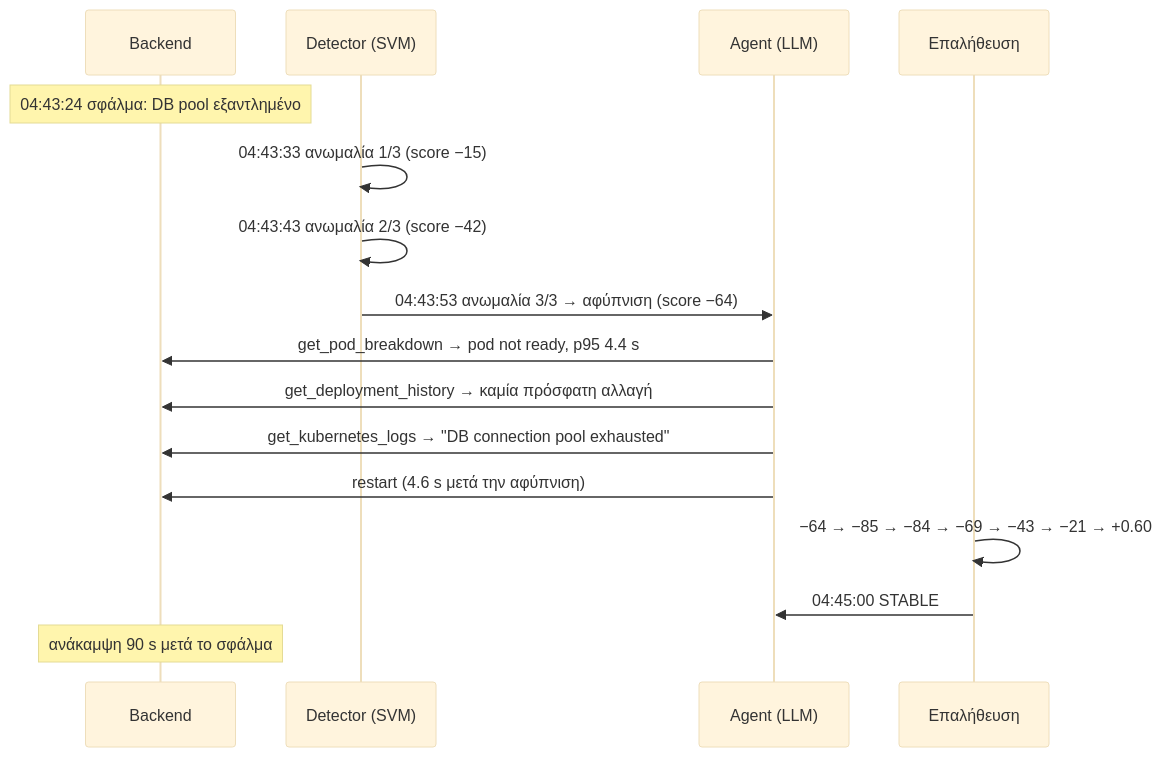
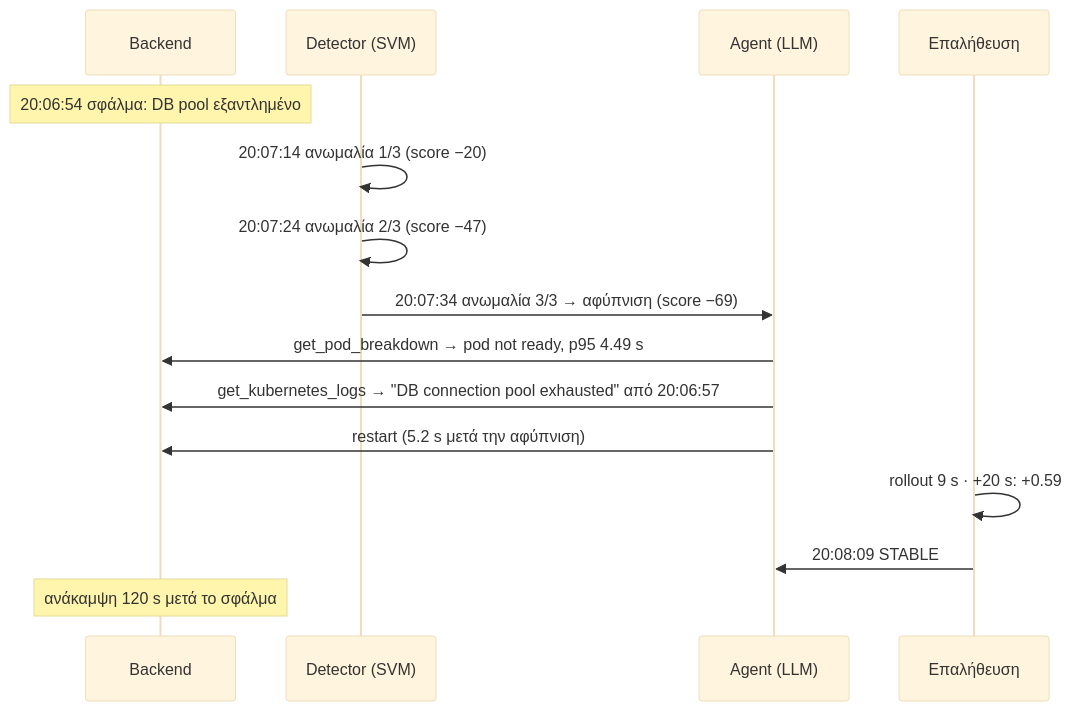
The sixth of 7 diagrams in thesis_notes/presentation.md (Ichalvatz/Autonomous-System-Resource-Management-Using-Multi-Agent-Systems), drawn with Mermaid (base theme) before and after one commit. The commit also changed other lines of this file and 298 other files, not shown here.

````diff
--- a/thesis_notes/presentation.md
+++ b/thesis_notes/presentation.md
@@ -202,18 +215,17 @@
 ```mermaid
 sequenceDiagram
     participant App as Backend
     participant Det as Detector (SVM)
     participant Ag as Agent (LLM)
     participant Ver as Επαλήθευση
-    Note over App: 04:43:24 σφάλμα: DB pool εξαντλημένο
-    Det->>Det: 04:43:33 ανωμαλία 1/3 (score −15)
-    Det->>Det: 04:43:43 ανωμαλία 2/3 (score −42)
-    Det->>Ag: 04:43:53 ανωμαλία 3/3 → αφύπνιση (score −64)
-    Ag->>App: get_pod_breakdown → pod not ready, p95 4.4 s
-    Ag->>App: get_deployment_history → καμία πρόσφατη αλλαγή
-    Ag->>App: get_kubernetes_logs → "DB connection pool exhausted"
-    Ag->>App: restart (4.6 s μετά την αφύπνιση)
-    Ver->>Ver: −64 → −85 → −84 → −69 → −43 → −21 → +0.60
-    Ver->>Ag: 04:45:00 STABLE
-    Note over App: ανάκαμψη 90 s μετά το σφάλμα
+    Note over App: 20:06:54 σφάλμα: DB pool εξαντλημένο
+    Det->>Det: 20:07:14 ανωμαλία 1/3 (score −20)
+    Det->>Det: 20:07:24 ανωμαλία 2/3 (score −47)
+    Det->>Ag: 20:07:34 ανωμαλία 3/3 → αφύπνιση (score −69)
+    Ag->>App: get_pod_breakdown → pod not ready, p95 4.49 s
+    Ag->>App: get_kubernetes_logs → "DB connection pool exhausted" από 20:06:57
+    Ag->>App: restart (5.2 s μετά την αφύπνιση)
+    Ver->>Ver: rollout 9 s · +20 s: +0.59
+    Ver->>Ag: 20:08:09 STABLE
+    Note over App: ανάκαμψη 120 s μετά το σφάλμα
 ```
````
